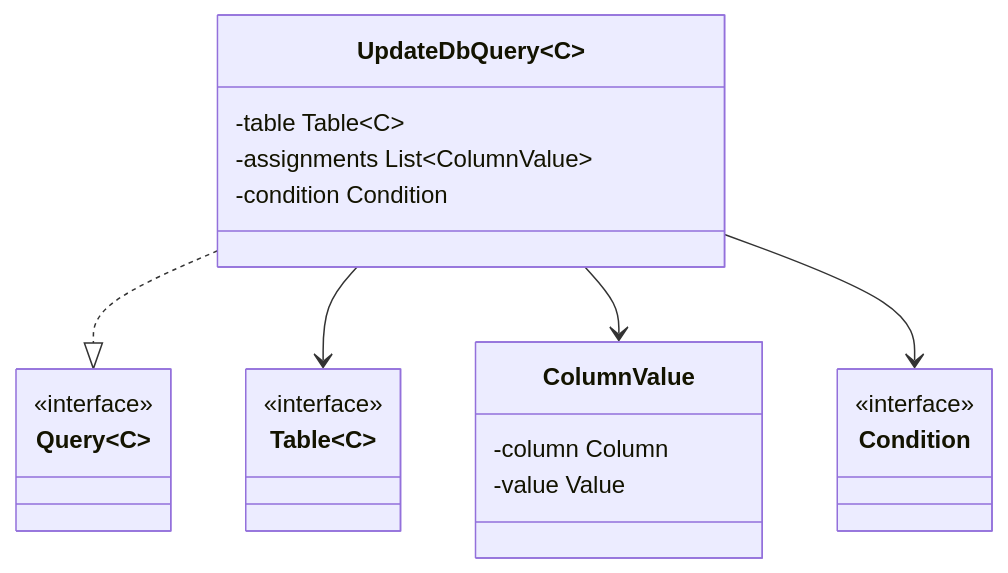
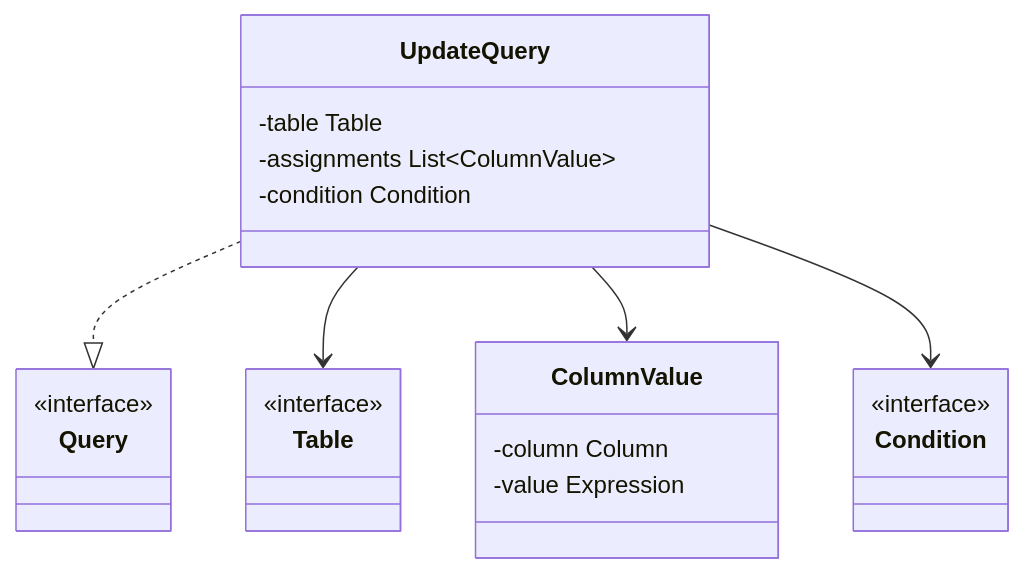
The ninth of 10 diagrams in docs/domain.md (safarislava/QueryBricks), drawn with Mermaid before and after one commit. The commit also changed other lines of this file, not shown here.

Commit message:
docs: Remove schema

````diff
--- a/docs/domain.md
+++ b/docs/domain.md
@@ -295,29 +290,29 @@
 ```mermaid
 classDiagram
-    class Table~C~ {
+    class Table {
         <<interface>>
     }
 
-    class Query~C~ {
+    class Query {
         <<interface>>
     }
 
     class Condition {
         <<interface>>
     }
 
     class ColumnValue {
         -column Column
-        -value Value
+        -value Expression
     }
 
-    class UpdateDbQuery~C~ {
-        -table Table~C~
+    class UpdateQuery {
+        -table Table
         -assignments List~ColumnValue~
         -condition Condition
     }
-    UpdateDbQuery ..|> Query
-    UpdateDbQuery --> Table
-    UpdateDbQuery --> ColumnValue
-    UpdateDbQuery --> Condition
+    UpdateQuery ..|> Query
+    UpdateQuery --> Table
+    UpdateQuery --> ColumnValue
+    UpdateQuery --> Condition
 ```
````
